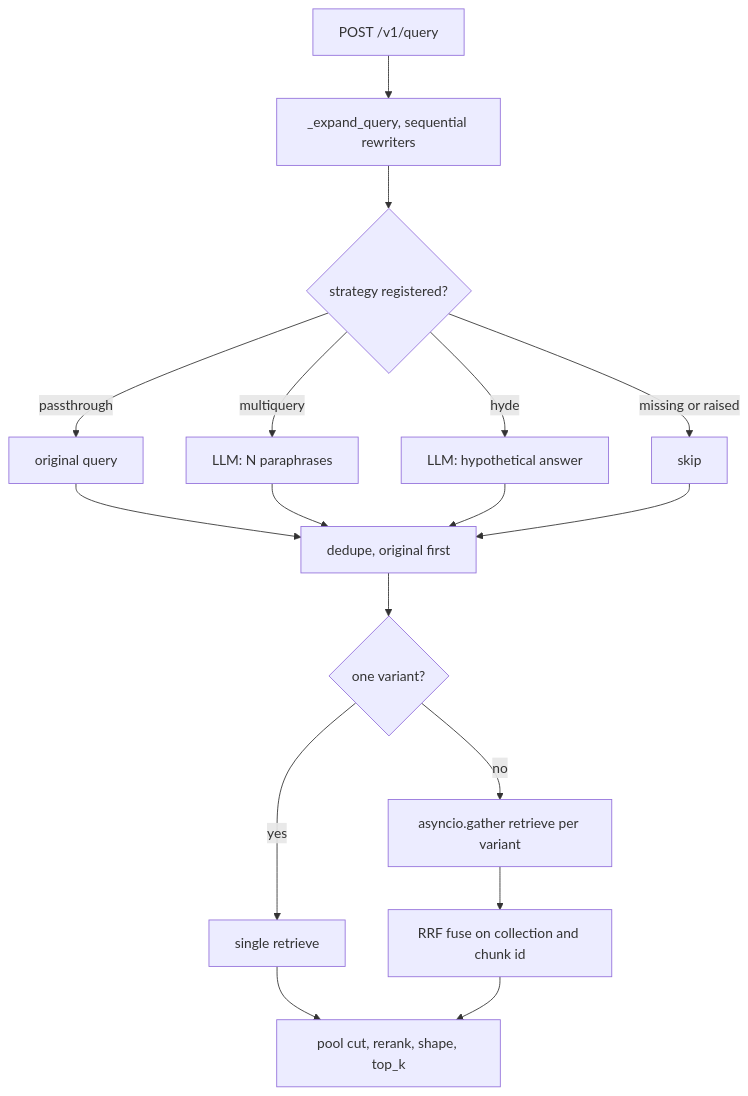
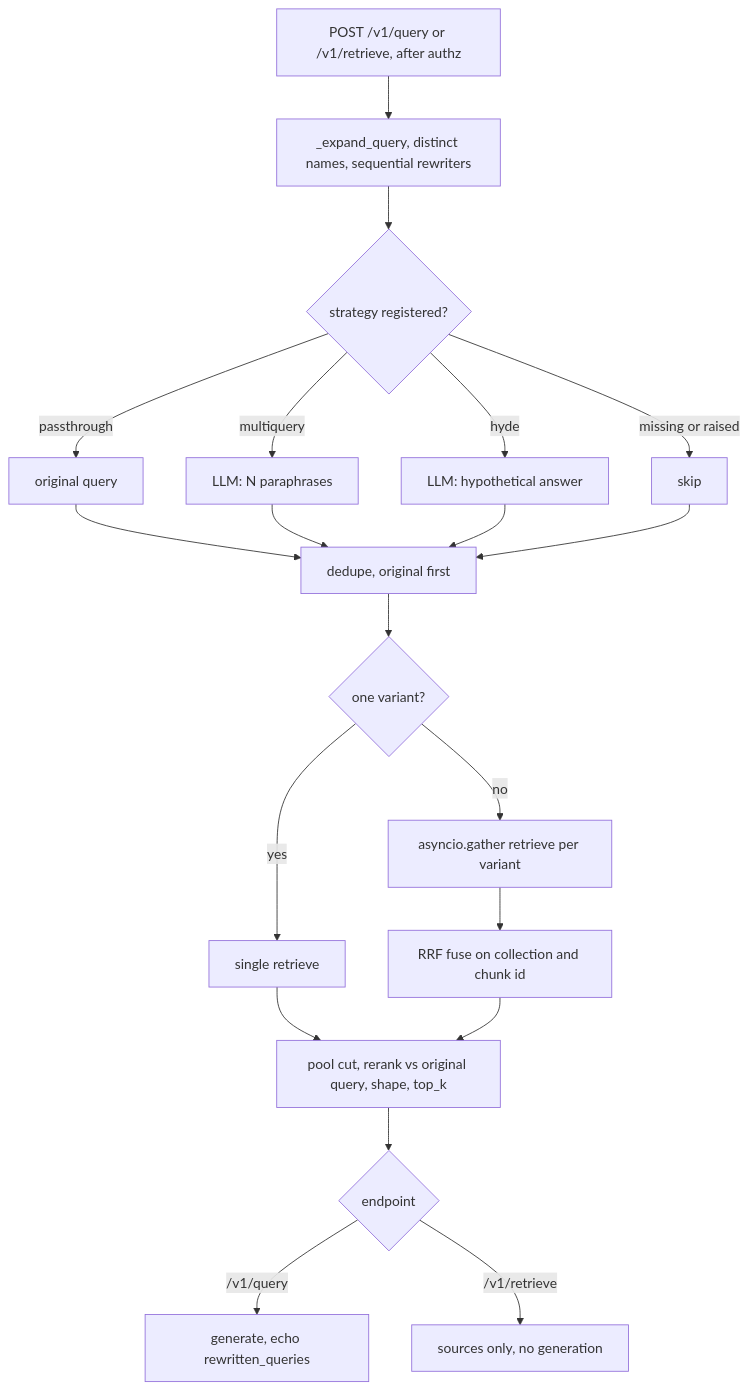
Before and after one commit to wilke/ragstack: diagram 31 of 45 in docs/ARCHITECTURE-DEEP-DIVE.md, drawn with Mermaid. The commit also changed other lines of this file, not shown here.

First line of the commit message:
docs(deep-dive): /v1/retrieve rewrite_strategies (#750) and the v1.6.7 rollout

````diff
--- a/docs/ARCHITECTURE-DEEP-DIVE.md
+++ b/docs/ARCHITECTURE-DEEP-DIVE.md
@@ -2292,19 +2351,22 @@
 ```mermaid
 flowchart TD
-  A["POST /v1/query"] --> B["_expand_query, sequential rewriters"]
+  A["POST /v1/query or /v1/retrieve, after authz"] --> B["_expand_query, distinct names, sequential rewriters"]
   B --> C{"strategy registered?"}
   C -- "passthrough" --> D["original query"]
   C -- "multiquery" --> E["LLM: N paraphrases"]
   C -- "hyde" --> F["LLM: hypothetical answer"]
   C -- "missing or raised" --> G["skip"]
   D --> H["dedupe, original first"]
   E --> H
   F --> H
   G --> H
   H --> I{"one variant?"}
   I -- "yes" --> J["single retrieve"]
   I -- "no" --> K["asyncio.gather retrieve per variant"]
   K --> L["RRF fuse on collection and chunk id"]
-  J --> M["pool cut, rerank, shape, top_k"]
+  J --> M["pool cut, rerank vs original query, shape, top_k"]
   L --> M
+  M --> N{"endpoint"}
+  N -- "/v1/query" --> O["generate, echo rewritten_queries"]
+  N -- "/v1/retrieve" --> P["sources only, no generation"]
 ```
````
